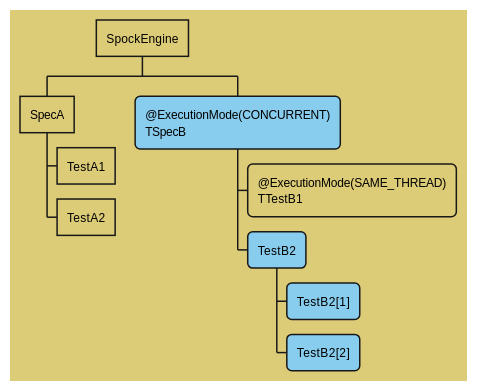
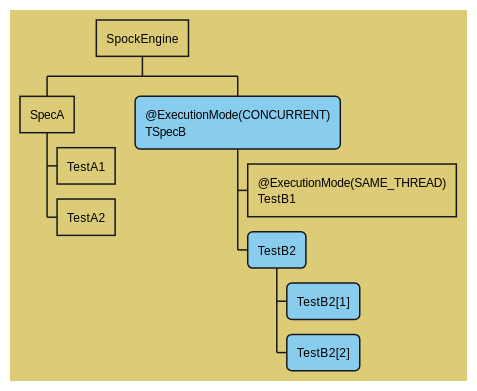
The eighth of 13 diagrams in docs/parallel_execution.adoc (spockframework/spock), drawn with PlantUML before and after one commit. The commit also changed other lines of this file and 2 other files, not shown here.

Commit message:
More work on parallel_execution.adoc

```diff
--- a/docs/parallel_execution.adoc
+++ b/docs/parallel_execution.adoc
@@ -261,27 +312,28 @@
 [plantuml,images/execution-hierarchy-inheritance-spec-feature-execution,svg]
 ....
 @startwbs
 <style>
 wbsDiagram {
   BackgroundColor #DDCC77
   .concurrent * {
       BackgroundColor #88CCEE
       RoundCorner 10
   }
   .samethread * {
       BackgroundColor #DDCC77
+      RoundCorner 0
   }
 }
 </style>
 skinparam shadowing false
 * SpockEngine
 ** SpecA
 *** TestA1
 *** TestA2
 ** @ExecutionMode(CONCURRENT)\nTSpecB  <<concurrent>>
-*** @ExecutionMode(SAME_THREAD)\nTTestB1 <<samethread>>
+*** @ExecutionMode(SAME_THREAD)\nTestB1 <<samethread>>
 *** TestB2
 **** TestB2[1]
 **** TestB2[2]
 @endwbs
 ....
```
